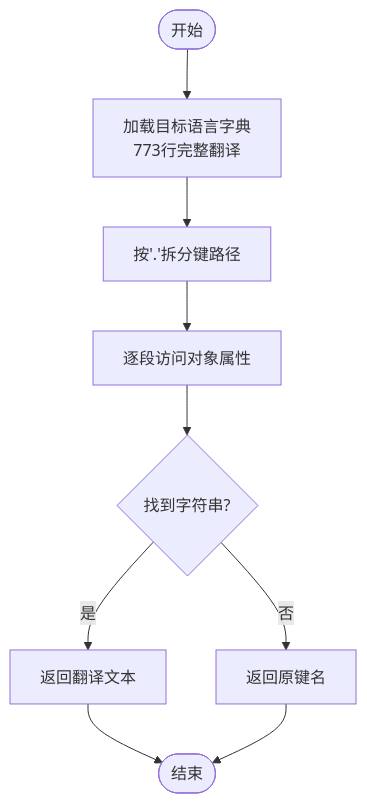
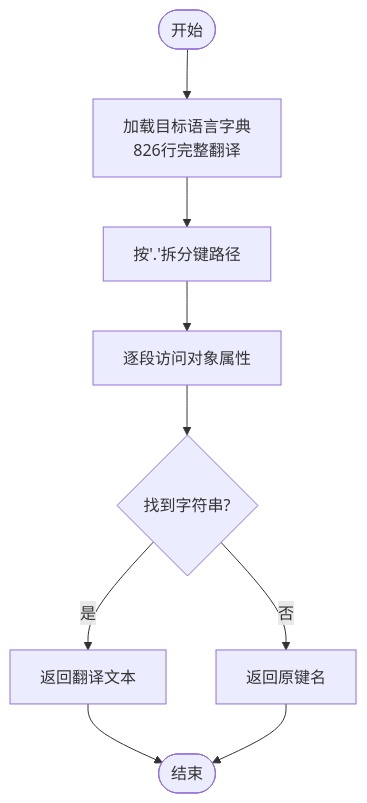
One commit to RabbitAI-Lab/RabbitCoding changed the fourth of 7 diagrams in .qoder/repowiki/zh/content/国际化支持.md. Above: the diagram before and after it, drawn with Mermaid. The commit also changed other lines of this file and 66 other files, not shown here.

````diff
--- a/.qoder/repowiki/zh/content/国际化支持.md
+++ b/.qoder/repowiki/zh/content/国际化支持.md
@@ -200,11 +219,11 @@
 ```mermaid
 flowchart TD
-Start(["开始"]) --> LoadDict["加载目标语言字典<br/>773行完整翻译"]
+Start(["开始"]) --> LoadDict["加载目标语言字典<br/>826行完整翻译"]
 LoadDict --> Split["按'.'拆分键路径"]
 Split --> Reduce["逐段访问对象属性"]
 Reduce --> Found{"找到字符串?"}
 Found --> |是| ReturnStr["返回翻译文本"]
 Found --> |否| ReturnKey["返回原键名"]
 ReturnStr --> End(["结束"])
 ReturnKey --> End
 ```
````
